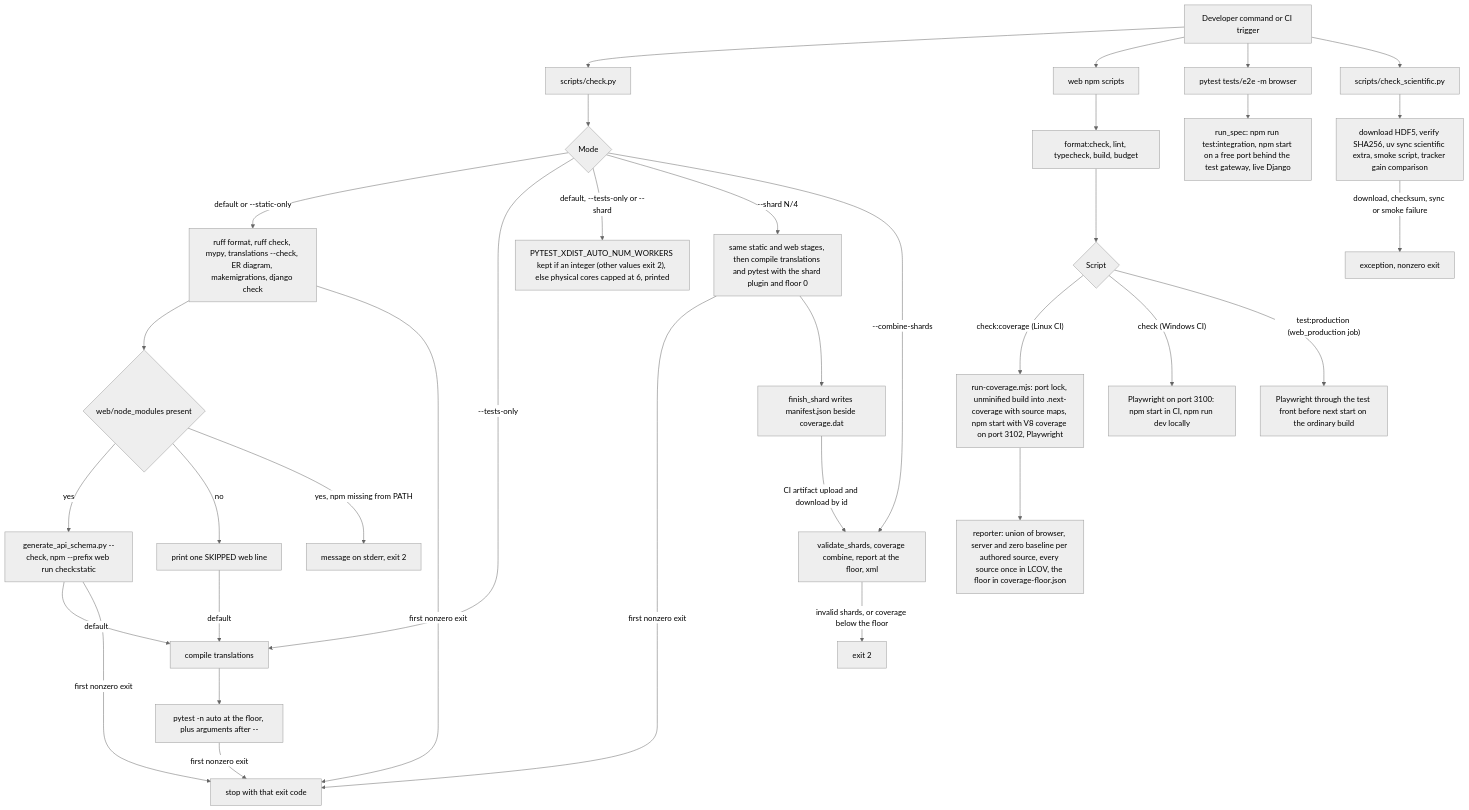
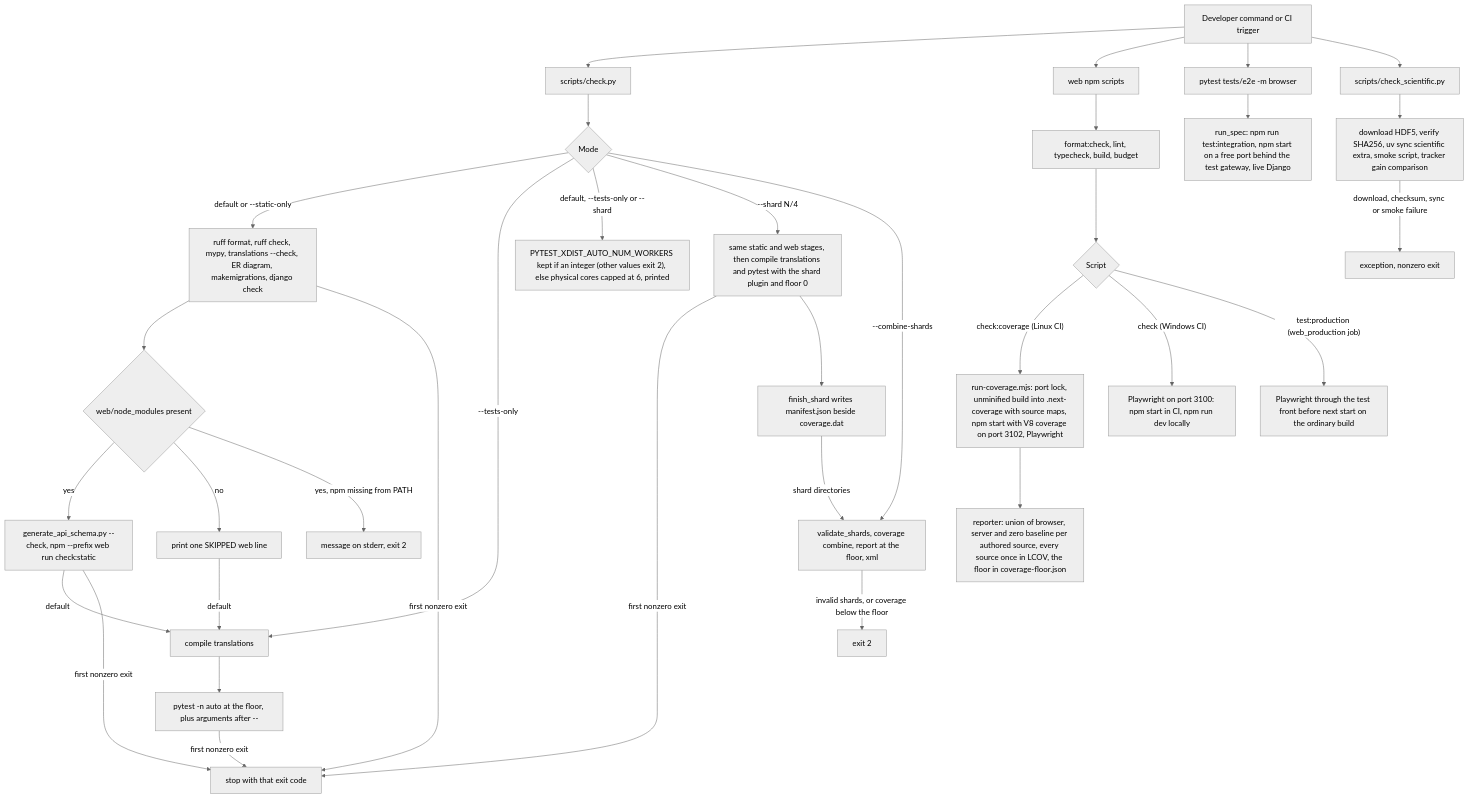
Before and after one commit to erkurtharun/pyracast: the diagram in docs/flows/developer-quality-gate.md, drawn with Mermaid (neutral theme). The commit also changed other lines of this file, not shown here.

````diff
--- a/docs/flows/developer-quality-gate.md
+++ b/docs/flows/developer-quality-gate.md
@@ -16,36 +16,36 @@
 ```mermaid
 flowchart TD
     trig["Developer command or CI trigger"] --> B["scripts/check.py"]
     trig --> W["web npm scripts"]
     trig --> BR["pytest tests/e2e -m browser"]
     trig --> S["scripts/check_scientific.py"]
     B --> M{"Mode"}
     M -->|"default or --static-only"| F["ruff format, ruff check, mypy, translations --check, ER diagram, makemigrations, django check"]
     F --> WS{"web/node_modules present"}
     WS -->|"yes"| WG["generate_api_schema.py --check, npm --prefix web run check:static"]
     WS -->|"no"| SK["print one SKIPPED web line"]
     WS -->|"yes, npm missing from PATH"| X3["message on stderr, exit 2"]
     WG -->|"default"| CT["compile translations"]
     SK -->|"default"| CT
     M -->|"--tests-only"| CT
     CT --> P["pytest -n auto at the floor, plus arguments after --"]
     M -->|"default, --tests-only or --shard"| N["PYTEST_XDIST_AUTO_NUM_WORKERS kept if an integer (other values exit 2), else physical cores capped at 6, printed"]
     M -->|"--shard N/4"| H["same static and web stages, then compile translations and pytest with the shard plugin and floor 0"]
     P -->|"first nonzero exit"| X
     M -->|"--combine-shards"| C["validate_shards, coverage combine, report at the floor, xml"]
     F -->|"first nonzero exit"| X["stop with that exit code"]
     WG -->|"first nonzero exit"| X
     H -->|"first nonzero exit"| X
     H --> K["finish_shard writes manifest.json beside coverage.dat"]
-    K -->|"CI artifact upload and download by id"| C
+    K -->|"shard directories"| C
     C -->|"invalid shards, or coverage below the floor"| X2["exit 2"]
     W --> V["format:check, lint, typecheck, build, budget"]
     V --> R{"Script"}
     R -->|"check:coverage (Linux CI)"| TC["run-coverage.mjs: port lock, unminified build into .next-coverage with source maps, npm start with V8 coverage on port 3102, Playwright"]
     R -->|"check (Windows CI)"| TN["Playwright on port 3100: npm start in CI, npm run dev locally"]
     TC --> LC["reporter: union of browser, server and zero baseline per authored source, every source once in LCOV, the floor in coverage-floor.json"]
     R -->|"test:production (web_production job)"| TP["Playwright through the test front before next start on the ordinary build"]
     BR --> I["run_spec: npm run test:integration, npm start on a free port behind the test gateway, live Django"]
     S --> D["download HDF5, verify SHA256, uv sync scientific extra, smoke script, tracker gain comparison"]
     D -->|"download, checksum, sync or smoke failure"| E["exception, nonzero exit"]
 ```
````
